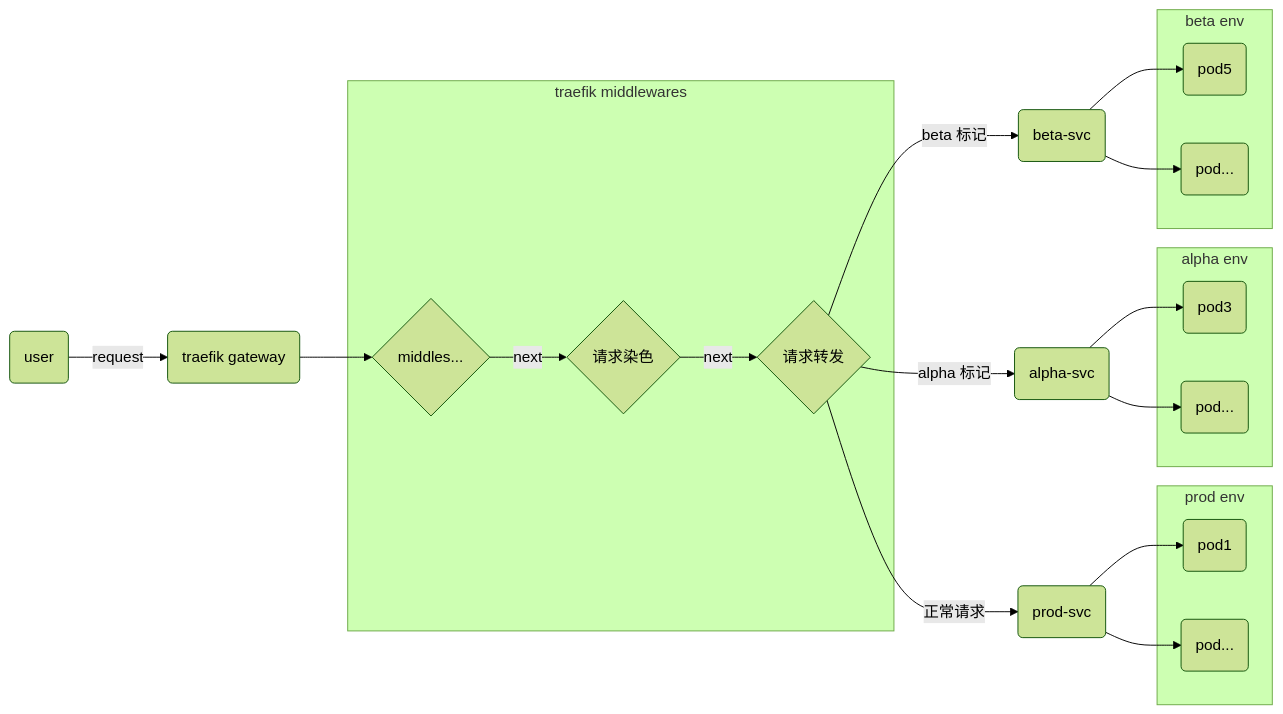
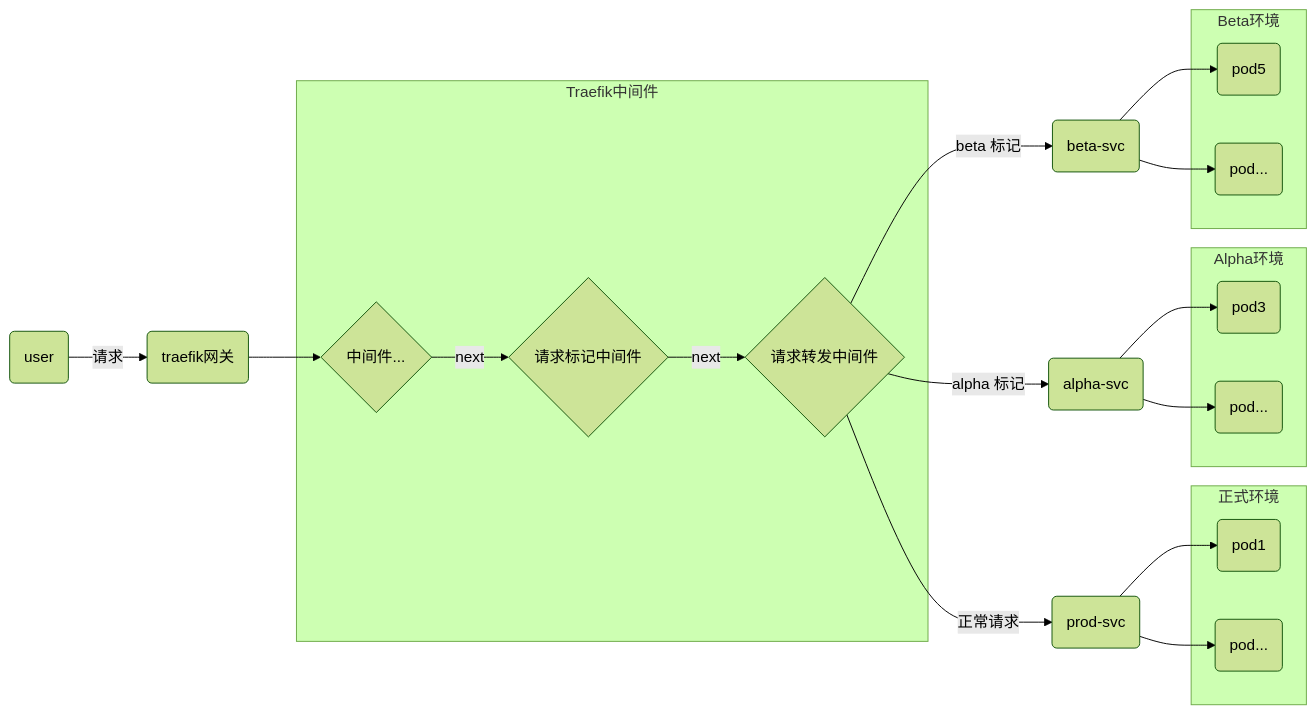
The second of 2 diagrams in content/post/traefik/traefik-gray-system.md (qxsugar/qxsugar.github.io), drawn with Mermaid (forest theme) before and after one commit. The commit also changed other lines of this file and 4 other files, not shown here.

```diff
--- a/content/post/traefik/traefik-gray-system.md
+++ b/content/post/traefik/traefik-gray-system.md
@@ -53,37 +53,37 @@
 {{< mermaid >}}
 flowchart LR
 user(user)
-traefik(traefik gateway)
+traefik(traefik网关)
 prodSvc(prod-svc)
 alphaSvc(alpha-svc)
 betaSvc(beta-svc)
-m1{middles...}    
-m2{请求染色}
-m3{请求转发}
-user--request-->traefik
-subgraph traefik middlewares
+m1{中间件...}    
+m2{请求标记中间件}
+m3{请求转发中间件}
+user--请求-->traefik
+subgraph Traefik中间件
 m1-- next -->m2--next-->m3
 end
-subgraph prod env
+subgraph 正式环境
 pod1(pod1)
 pod2(pod...)
 end
-subgraph alpha env
+subgraph Alpha环境
 pod3(pod3)
 pod4(pod...)
 end
-subgraph beta env
+subgraph Beta环境
 pod5(pod5)
 pod6(pod...)
 end
 traefik-->m1
 m3--"正常请求"-->prodSvc
 m3--"alpha 标记"-->alphaSvc
 m3--"beta 标记"-->betaSvc
 prodSvc-->pod1
 prodSvc-->pod2
 alphaSvc-->pod3
 alphaSvc-->pod4
 betaSvc-->pod5
 betaSvc-->pod6
 {{< /mermaid >}}
```
